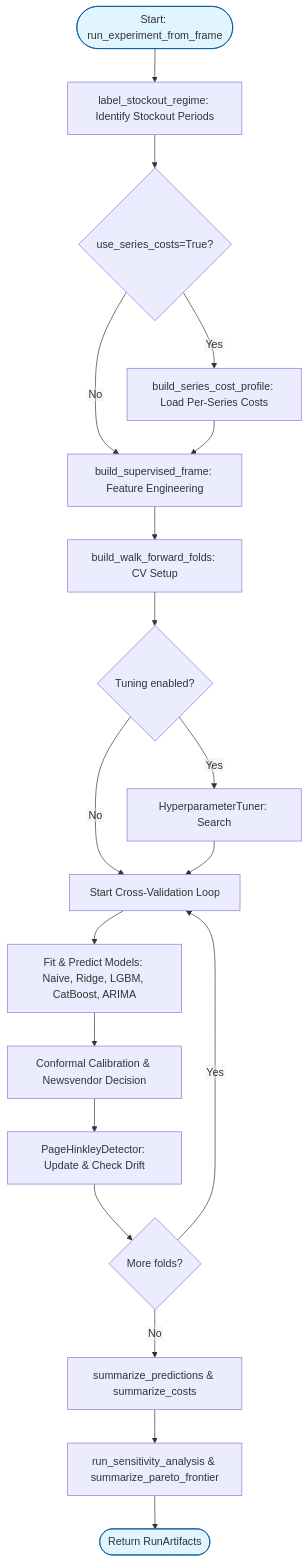
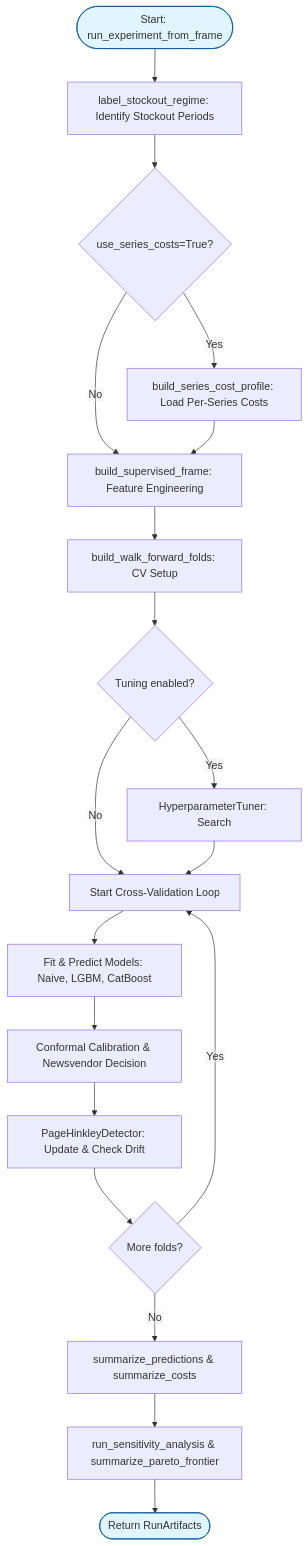
The diagram in src/retail_forecasting/forecasting/STRATEGY_EXECUTION_FLOW.md (ArtemMindlin/retail-demand-forecasting-system), drawn with Mermaid before and after one commit. The commit also changed 31 other files, not shown here.

````diff
--- a/src/retail_forecasting/forecasting/STRATEGY_EXECUTION_FLOW.md
+++ b/src/retail_forecasting/forecasting/STRATEGY_EXECUTION_FLOW.md
@@ -5,30 +5,30 @@
 ```mermaid
 %%{init: { 'flowchart': { 'htmlLabels': false } } }%%
 graph TD
     Start(["Start: run_experiment_from_frame"]) --> F1["label_stockout_regime: Identify Stockout Periods"]
     
     F1 --> UseSeriesCosts{"use_series_costs=True?"}
     UseSeriesCosts -- "Yes" --> F1_1["build_series_cost_profile: Load Per-Series Costs"]
     UseSeriesCosts -- "No" --> F2["build_supervised_frame: Feature Engineering"]
     F1_1 --> F2
     F2 --> F3["build_walk_forward_folds: CV Setup"]
     
     F3 --> Tuning{"Tuning enabled?"}
     Tuning -- "Yes" --> Optuna["HyperparameterTuner: Search"]
     Tuning -- "No" --> Loop["Start Cross-Validation Loop"]
     Optuna --> Loop
 
-    Loop --> FitPredict["Fit & Predict Models: Naive, Ridge, LGBM, CatBoost, ARIMA"]
+    Loop --> FitPredict["Fit & Predict Models: Naive, LGBM, CatBoost"]
     FitPredict --> Calibrate["Conformal Calibration & Newsvendor Decision"]
     
     Calibrate --> Drift["PageHinkleyDetector: Update & Check Drift"]
     Drift --> NextFold{"More folds?"}
     NextFold -- "Yes" --> Loop
     
     NextFold -- "No" --> Finalize["summarize_predictions & summarize_costs"]
     Finalize --> Sens["run_sensitivity_analysis & summarize_pareto_frontier"]
     Sens --> End(["Return RunArtifacts"])
 
     style Start fill:#e1f5fe,stroke:#01579b
     style End fill:#e1f5fe,stroke:#01579b
 ```
````
